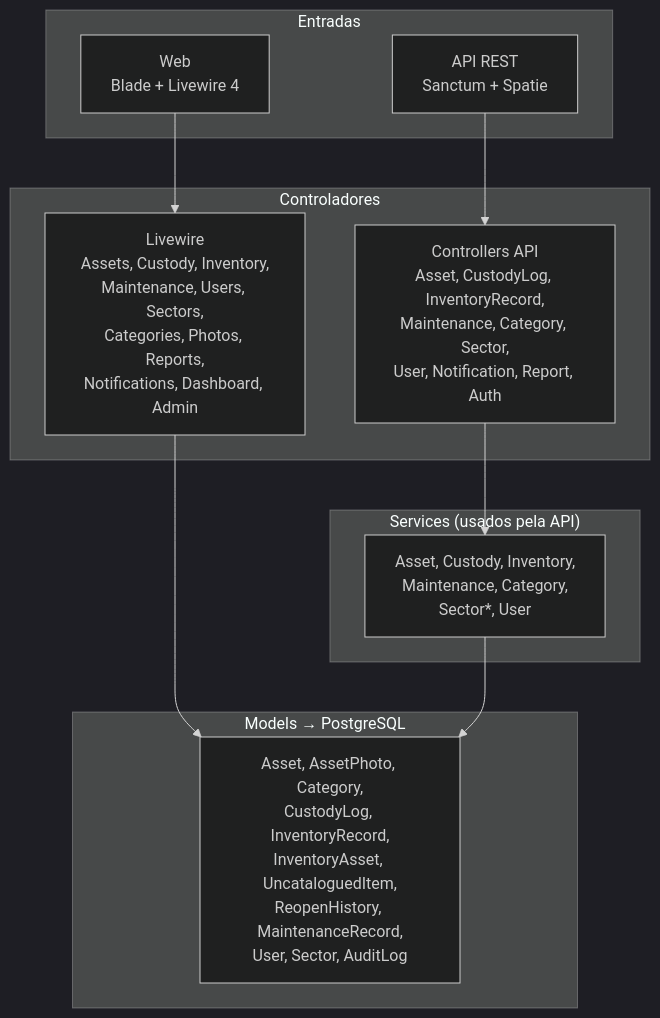
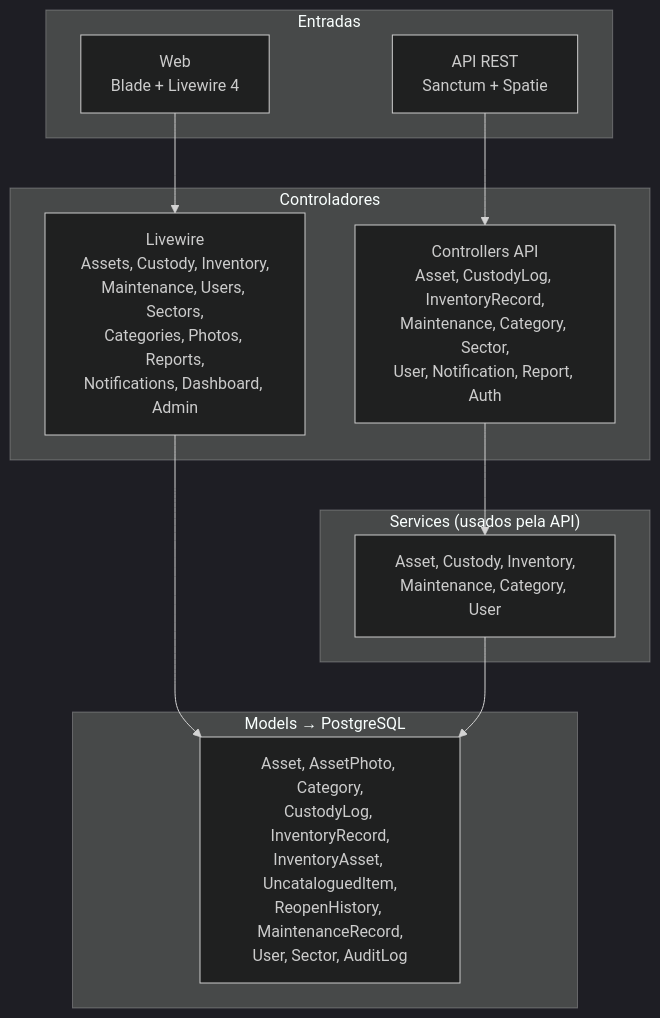
The first of 3 diagrams in docs/MAPA.md (nandinhos/gacpac-ti), drawn with Mermaid (dark theme) before and after one commit. The commit also changed other lines of this file and 28 other files, not shown here.

````diff
--- a/docs/MAPA.md
+++ b/docs/MAPA.md
@@ -13,21 +13,21 @@
 ```mermaid
 flowchart TB
     subgraph Entradas
         WEB["Web<br/>Blade + Livewire 4"]
         API["API REST<br/>Sanctum + Spatie"]
     end
     subgraph Controladores
         LWC["Livewire<br/>Assets, Custody, Inventory,<br/>Maintenance, Users, Sectors,<br/>Categories, Photos, Reports,<br/>Notifications, Dashboard, Admin"]
         CTL["Controllers API<br/>Asset, CustodyLog, InventoryRecord,<br/>Maintenance, Category, Sector,<br/>User, Notification, Report, Auth"]
     end
     subgraph Servicos["Services (usados pela API)"]
-        SVC["Asset, Custody, Inventory,<br/>Maintenance, Category,<br/>Sector*, User"]
+        SVC["Asset, Custody, Inventory,<br/>Maintenance, Category, User"]
     end
     subgraph Modelos["Models → PostgreSQL"]
         MDL["Asset, AssetPhoto, Category,<br/>CustodyLog, InventoryRecord,<br/>InventoryAsset, UncataloguedItem,<br/>ReopenHistory, MaintenanceRecord,<br/>User, Sector, AuditLog"]
     end
     WEB --> LWC
     API --> CTL
     LWC --> MDL
     CTL --> SVC --> MDL
 ```
````
